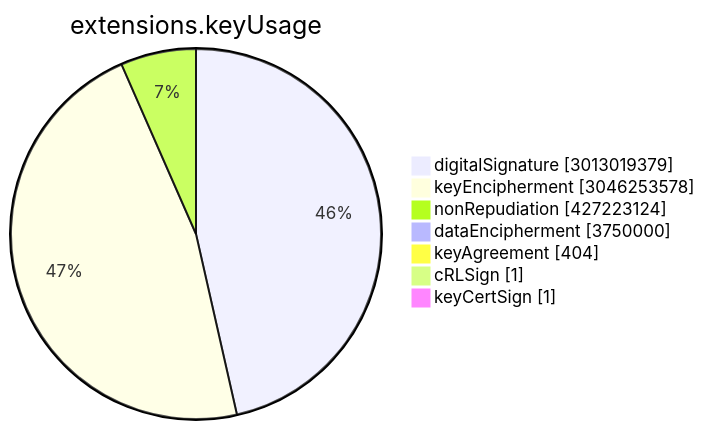
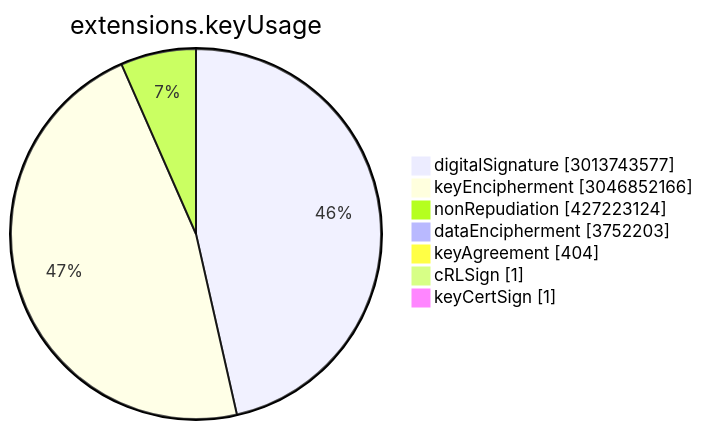
The sixth of 15 diagrams in TOTAL/README.md (christiankrug/ctmonitor_visualization), drawn with Mermaid before and after one commit. The commit also changed other lines of this file, not shown here.

````diff
--- a/TOTAL/README.md
+++ b/TOTAL/README.md
@@ -3076,11 +3076,11 @@
 ```mermaid
 pie showData
 title extensions.keyUsage
-"digitalSignature" :3013019379
-"keyEncipherment" :3046253578
+"digitalSignature" :3013743577
+"keyEncipherment" :3046852166
 "nonRepudiation" :427223124
-"dataEncipherment" :3750000
+"dataEncipherment" :3752203
 "keyAgreement" :404
 "cRLSign" :1
 "keyCertSign" :1
 ```
````
